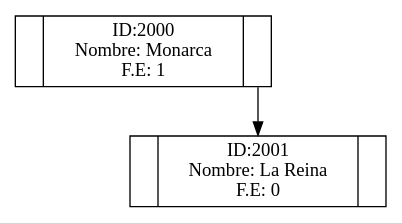
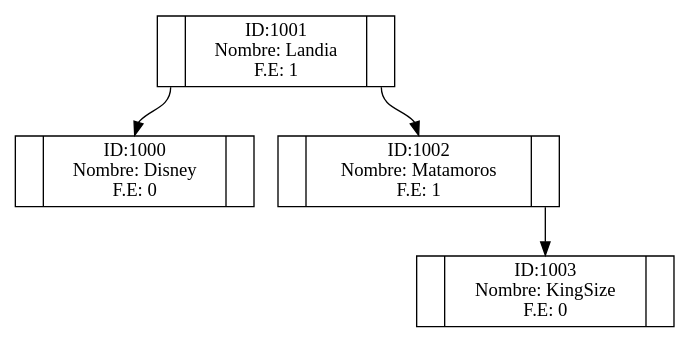
Before and after one commit to Luiskr1993/Proyecto1s22015_201122864a: the diagram in Graphviz/arbolEstacionGeneral.dot, drawn with Graphviz. The commit also changed 13 other files, not shown here.

```diff
--- a/Graphviz/arbolEstacionGeneral.dot
+++ b/Graphviz/arbolEstacionGeneral.dot
@@ -1,6 +1,10 @@
 digraph Arbol{
 node [shape=record];
-n_2000[label = "<izq> |<dat> ID:2000 \n Nombre: Monarca\n F.E:  1 |<der>"]
-n_2000:der -> n_2001:dat;
-n_2001[label = "<izq> |<dat> ID:2001 \n Nombre: La Reina\n F.E:  0 |<der>"]
+n_1001[label = "<izq> |<dat> ID:1001 \n Nombre: Landia\n F.E:  1 |<der>"]
+n_1001:izq -> n_1000:dat;
+n_1000[label = "<izq> |<dat> ID:1000 \n Nombre: Disney\n F.E:  0 |<der>"]
+n_1001:der -> n_1002:dat;
+n_1002[label = "<izq> |<dat> ID:1002 \n Nombre: Matamoros\n F.E:  1 |<der>"]
+n_1002:der -> n_1003:dat;
+n_1003[label = "<izq> |<dat> ID:1003 \n Nombre: KingSize\n F.E:  0 |<der>"]
 }
```
